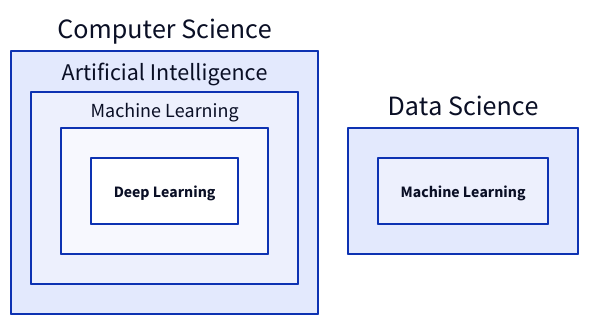
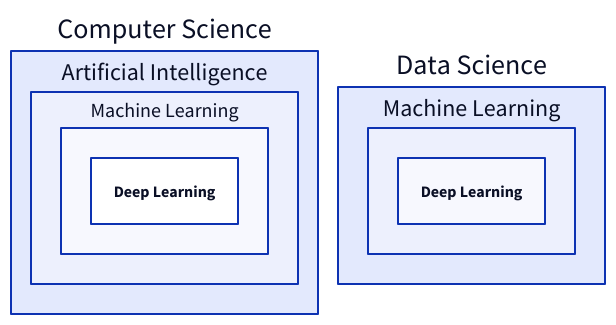
One commit to j-ochmann/j-ochmann.github.io changed the first of 3 diagrams in src/content/docs/ai/index.md. Above: the diagram before and after it, drawn with D2.

Commit message:
Refactor Data Science section to include Deep Learning

````diff
--- a/src/content/docs/ai/index.md
+++ b/src/content/docs/ai/index.md
@@ -12,12 +12,14 @@
 ```d2
 Computer Science: {
   Artificial Intelligence: {
     Machine Learning: {
       Deep Learning
     }
   }
 }
 Data Science: {
-  Machine Learning
+  Machine Learning: {
+    Deep Learning
+  }
 }
 ```
````
